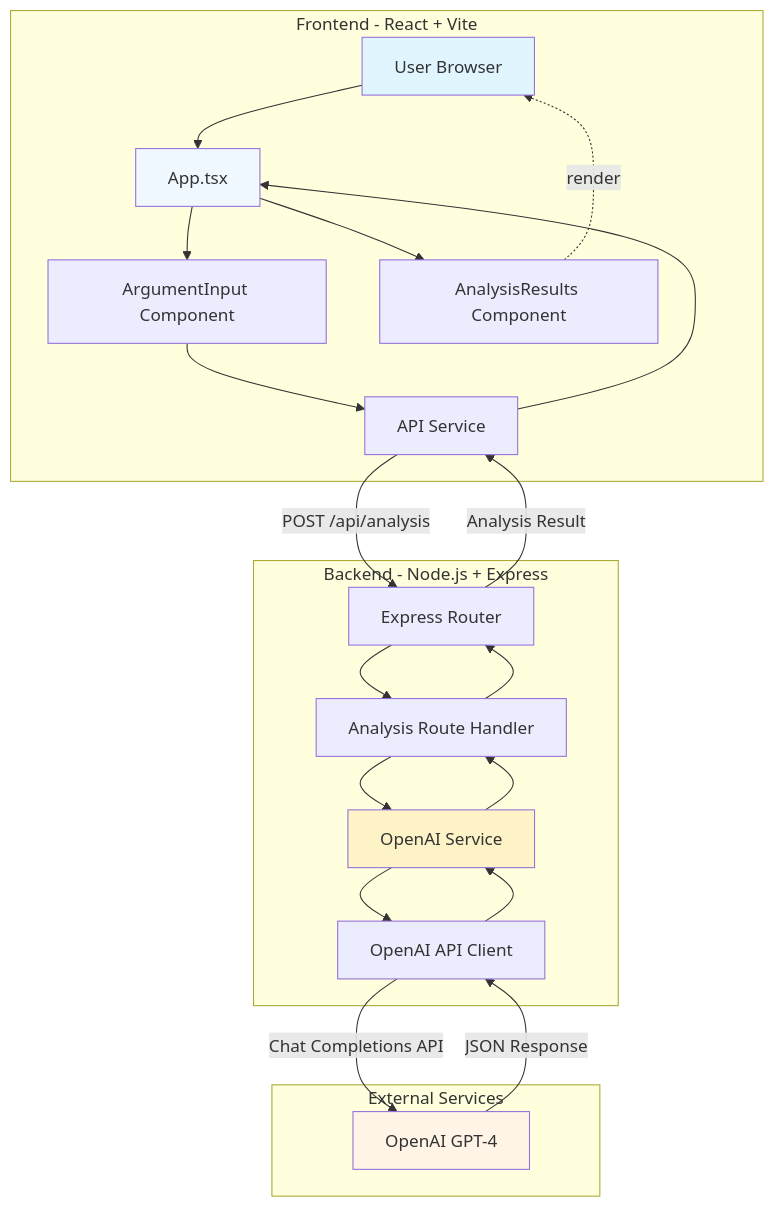
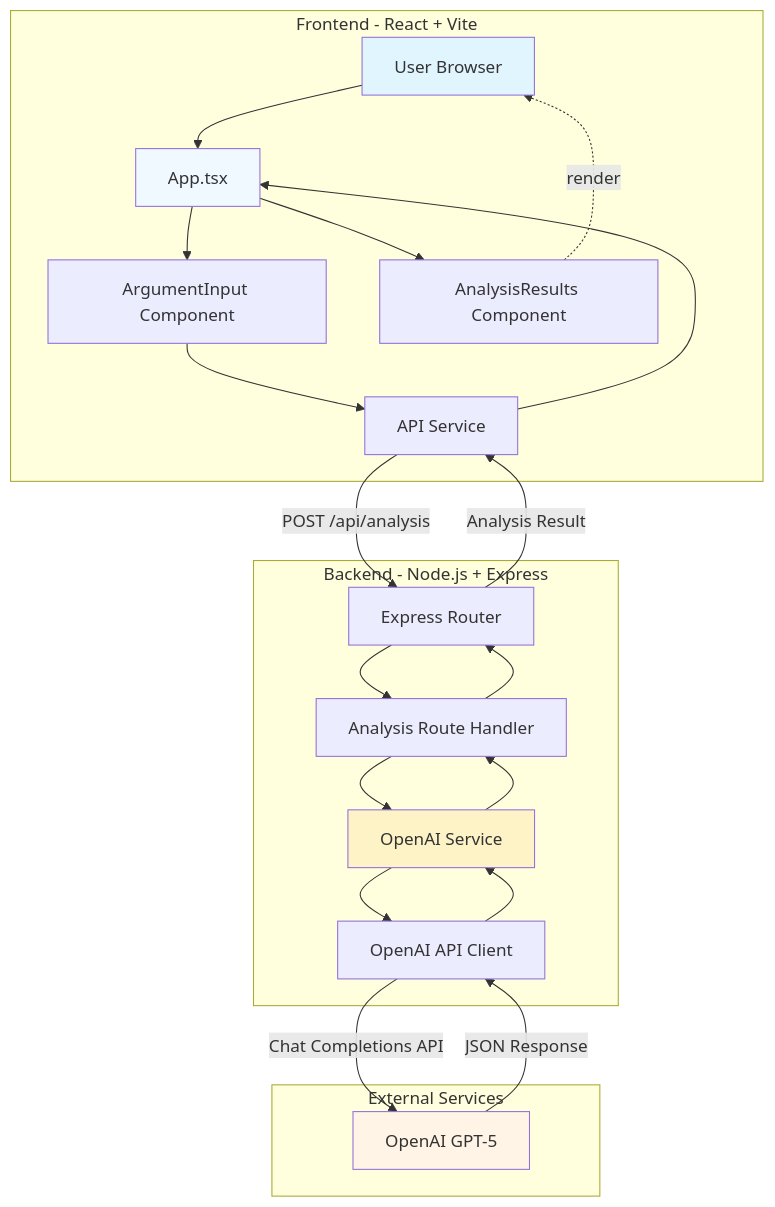
Before and after one commit to alexttran/ArgumentStrengthener: the diagram in ARCHITECTURE.md, drawn with Mermaid. The commit also changed other lines of this file and 4 other files, not shown here.

````diff
--- a/ARCHITECTURE.md
+++ b/ARCHITECTURE.md
@@ -5,33 +5,33 @@
 ```mermaid
 graph TB
     subgraph "Frontend - React + Vite"
         A[User Browser] --> B[App.tsx]
         B --> C[ArgumentInput Component]
         B --> D[AnalysisResults Component]
         C --> E[API Service]
         D -.render.-> A
     end
 
     subgraph "Backend - Node.js + Express"
         E -->|POST /api/analysis| F[Express Router]
         F --> G[Analysis Route Handler]
         G --> H[OpenAI Service]
         H --> I[OpenAI API Client]
     end
 
     subgraph "External Services"
-        I -->|Chat Completions API| J[OpenAI GPT-4]
+        I -->|Chat Completions API| J[OpenAI GPT-5]
         J -->|JSON Response| I
     end
 
     I --> H
     H --> G
     G --> F
     F -->|Analysis Result| E
     E --> B
 
     style A fill:#e1f5ff
     style J fill:#fff4e6
     style B fill:#f0f9ff
     style H fill:#fef3c7
 ```
````
